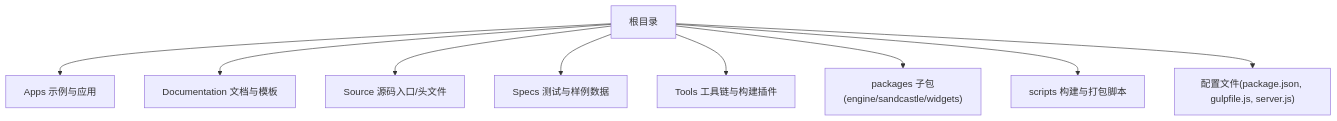
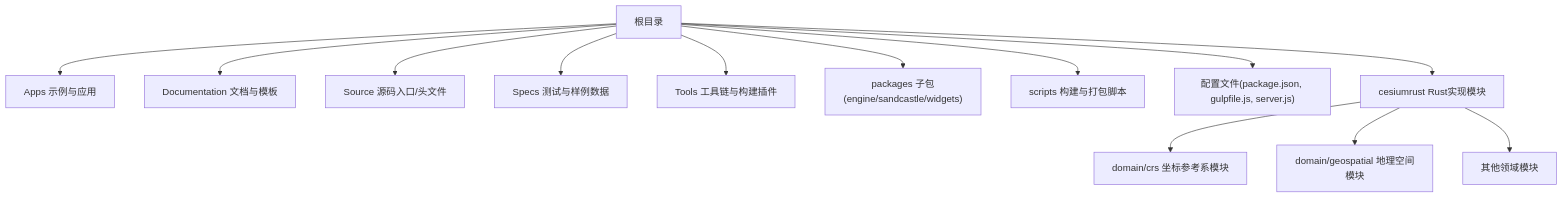
One commit to rzhangjing/cesium changed the first of 7 diagrams in .qoder/repowiki/zh/content/项目概述/核心特性/地理空间数据处理/投影变换.md. Above: the diagram before and after it, drawn with Mermaid. The commit also changed other lines of this file and 74 other files, not shown here.

````diff
--- a/.qoder/repowiki/zh/content/项目概述/核心特性/地理空间数据处理/投影变换.md
+++ b/.qoder/repowiki/zh/content/项目概述/核心特性/地理空间数据处理/投影变换.md
@@ -39,11 +47,15 @@
 ```mermaid
 graph TB
 A["根目录"] --> B["Apps 示例与应用"]
 A --> C["Documentation 文档与模板"]
 A --> D["Source 源码入口/头文件"]
 A --> E["Specs 测试与样例数据"]
 A --> F["Tools 工具链与构建插件"]
 A --> G["packages 子包(engine/sandcastle/widgets)"]
 A --> H["scripts 构建与打包脚本"]
 A --> I["配置文件(package.json, gulpfile.js, server.js)"]
+A --> J["cesiumrust Rust实现模块"]
+J --> K["domain/crs 坐标参考系模块"]
+J --> L["domain/geospatial 地理空间模块"]
+J --> M["其他领域模块"]
 ```
````
